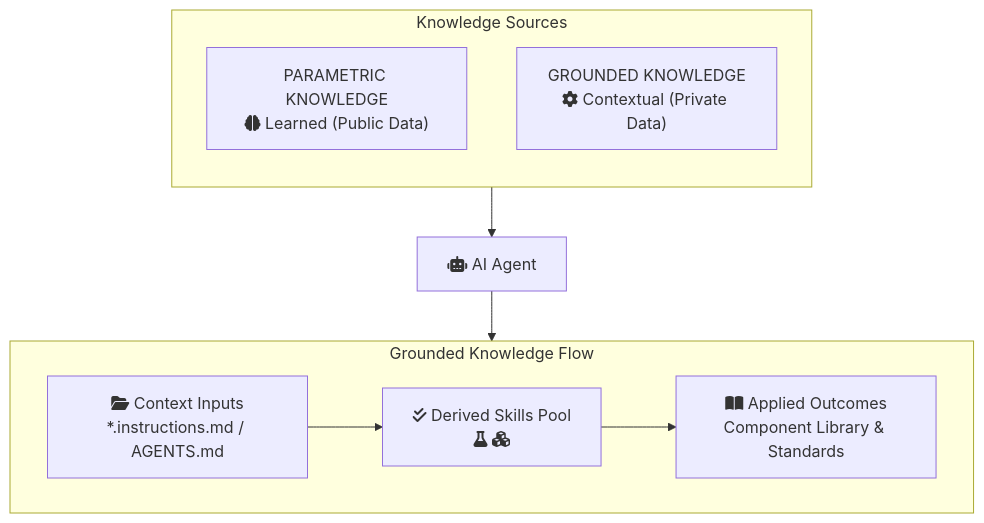
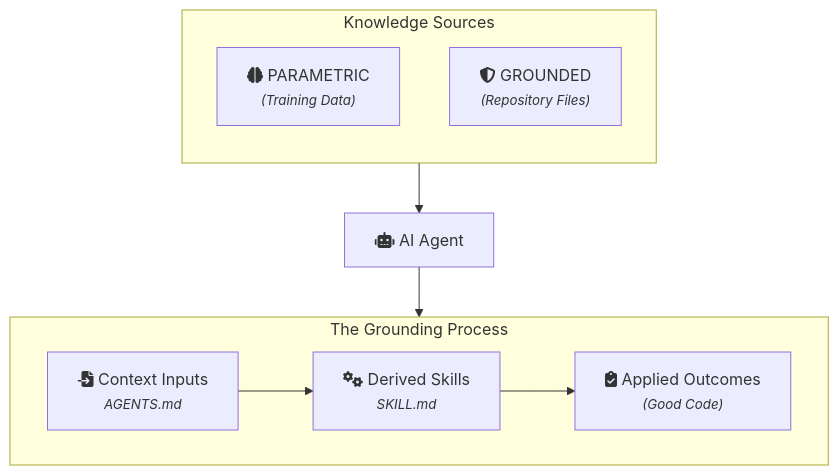
One commit to HipsterZipster/context-management-presentation changed the sixth of 24 diagrams in context-engineering-tech-talk.md. Above: the diagram before and after it, drawn with Mermaid. The commit also changed other lines of this file, not shown here.

First line of the commit message:
feat: add high-impact iconography appendix slide for knowledge flow diagram

````diff
--- a/context-engineering-tech-talk.md
+++ b/context-engineering-tech-talk.md
@@ -193,24 +193,21 @@
 ```mermaid
 graph TB
-    subgraph Top["Knowledge Sources"]
+    subgraph Knowledge["Knowledge Sources"]
         direction TB
-        PK_Box["PARAMETRIC KNOWLEDGE<br/>fa:fa-brain Learned (Public Data)"]
-        GK_Box["GROUNDED KNOWLEDGE<br/>fa:fa-cog Contextual (Private Data)"]
+        PK_Box["fa:fa-brain PARAMETRIC<br/><small><i>(Training Data)</i></small>"]
+        GK_Box["fa:fa-shield-halved GROUNDED<br/><small><i>(Repository Files)</i></small>"]
     end
 
-    Top --> AI_Agent["fa:fa-robot AI Agent"]
+    Knowledge --> AI_Agent["fa:fa-robot AI Agent"]
 
-    subgraph Flow["Grounded Knowledge Flow"]
+    subgraph Flow["The Grounding Process"]
         direction LR
-        Inputs["fa:fa-folder-open Context Inputs<br/>*.instructions.md / AGENTS.md"]
-        Skills["fa:fa-check-double Derived Skills Pool<br/>fa:fa-flask fa:fa-cubes"]
-        Outcomes["fa:fa-book-open Applied Outcomes<br/>Component Library & Standards"]
+        Inputs["fa:fa-file-import Context Inputs<br/><small><i>AGENTS.md</i></small>"]
+        Skills["fa:fa-gears Derived Skills<br/><small><i>SKILL.md</i></small>"]
+        Outcomes["fa:fa-clipboard-check Applied Outcomes<br/><small><i>(Good Code)</i></small>"]
 
         Inputs --> Skills --> Outcomes
     end
- 
+
     AI_Agent --> Flow
-
-    %% style PK_Box fill:#f9f9f9,stroke:#ddd,stroke-width:1px
-    %% style GK_Box fill:#f9f9f9,stroke:#ddd,stroke-width:1px
 ```
````
